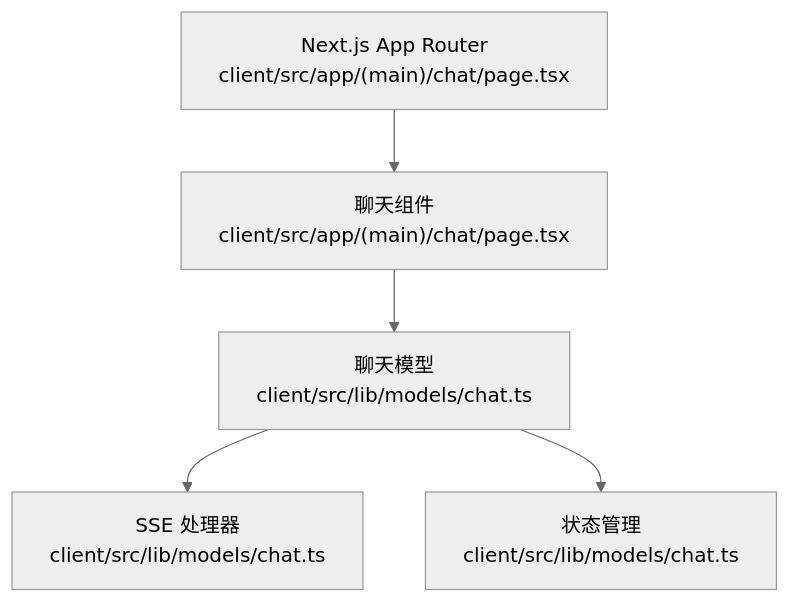
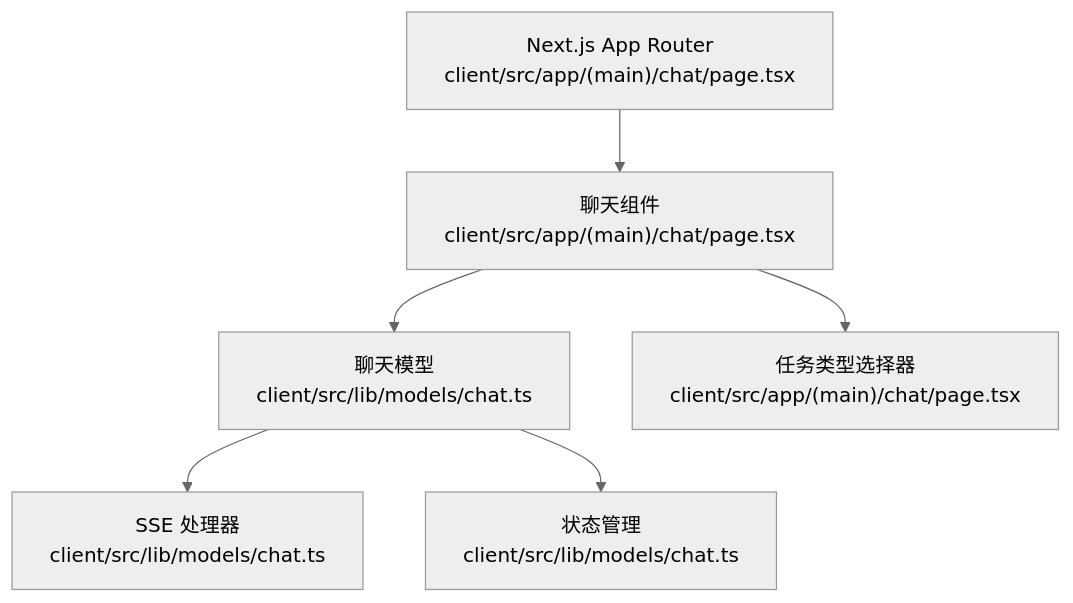
The fifth of 6 diagrams in .qoder/repowiki/zh/content/API参考文档/聊天接口.md (aHin0805/FH6CarSettingAgent), drawn with Mermaid (neutral theme) before and after one commit. The commit also changed other lines of this file and 59 other files, not shown here.

````diff
--- a/.qoder/repowiki/zh/content/API参考文档/聊天接口.md
+++ b/.qoder/repowiki/zh/content/API参考文档/聊天接口.md
@@ -368,12 +403,14 @@
 ```mermaid
 graph TB
 A["Next.js App Router<br/>client/src/app/(main)/chat/page.tsx"]
 B["聊天组件<br/>client/src/app/(main)/chat/page.tsx"]
 C["聊天模型<br/>client/src/lib/models/chat.ts"]
 D["SSE 处理器<br/>client/src/lib/models/chat.ts"]
 E["状态管理<br/>client/src/lib/models/chat.ts"]
+F["任务类型选择器<br/>client/src/app/(main)/chat/page.tsx"]
 A --> B
 B --> C
 C --> D
 C --> E
+B --> F
 ```
````
